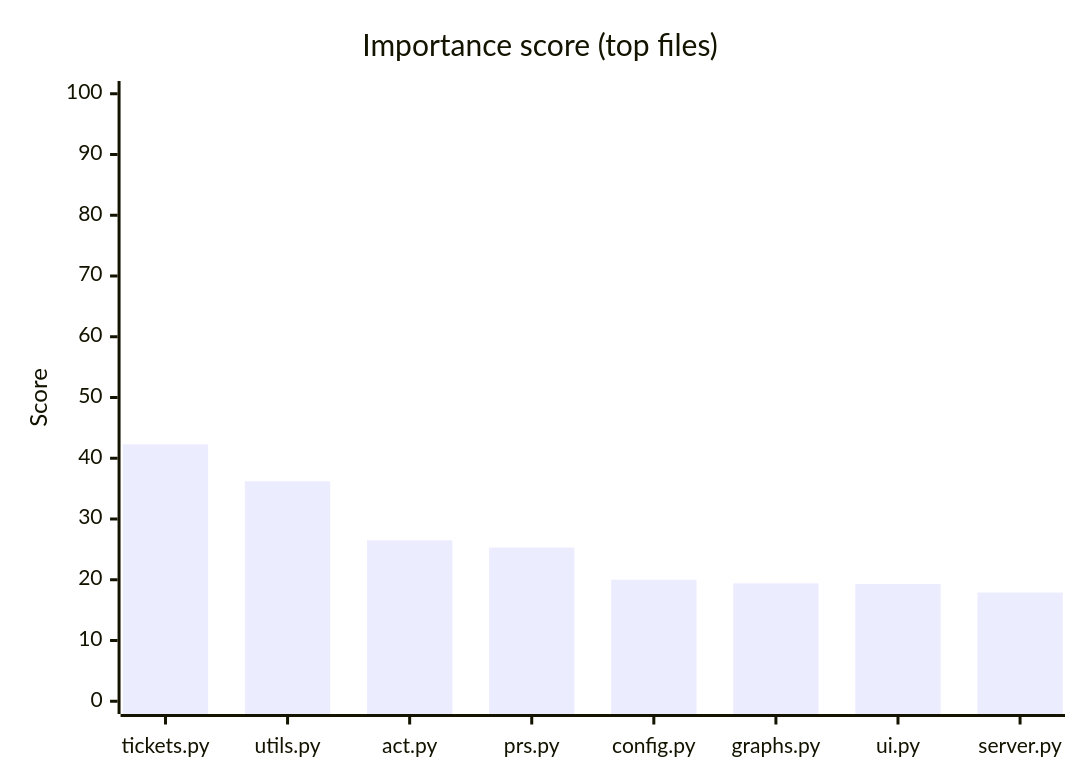
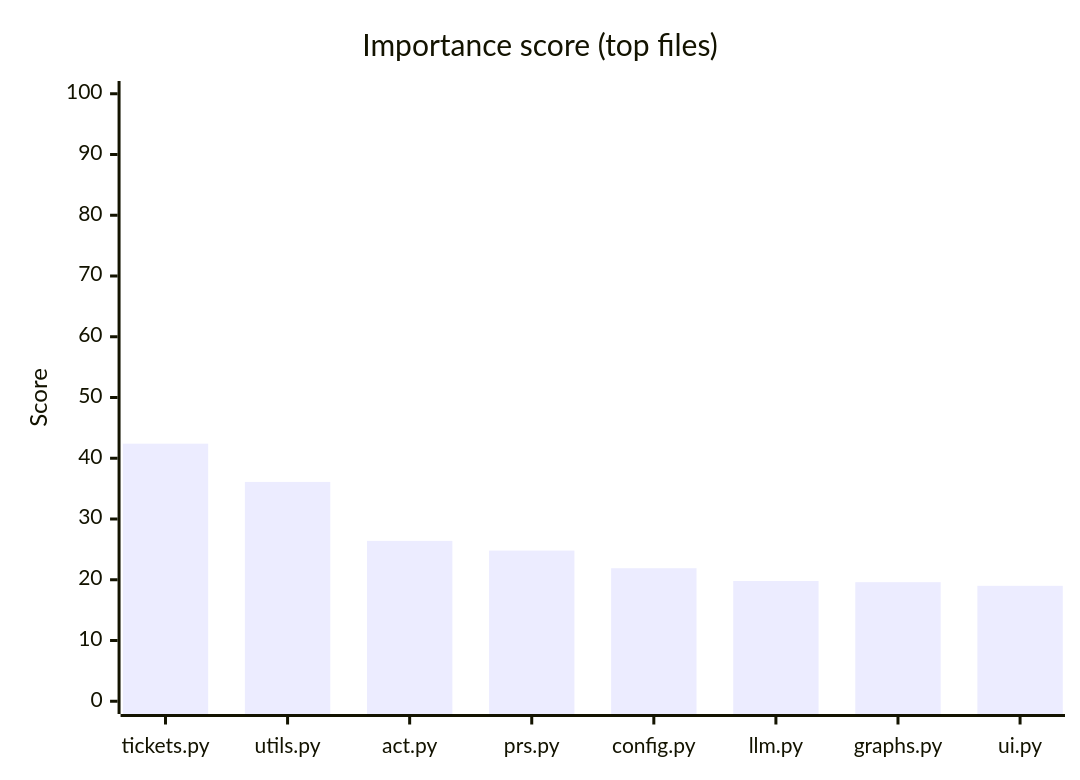
The first of 2 diagrams in docs/index.md (hhleroy97/repo-scan), drawn with Mermaid before and after one commit. The commit also changed other lines of this file and 40 other files, not shown here.

````diff
--- a/docs/index.md
+++ b/docs/index.md
@@ -55,7 +57,7 @@
 ```mermaid
 xychart-beta
     title "Importance score (top files)"
-    x-axis ["tickets.py", "utils.py", "act.py", "prs.py", "config.py", "graphs.py", "ui.py", "server.py"]
+    x-axis ["tickets.py", "utils.py", "act.py", "prs.py", "config.py", "llm.py", "graphs.py", "ui.py"]
     y-axis "Score" 0 --> 100
-    bar [42.3, 36.2, 26.5, 25.3, 20, 19.4, 19.3, 17.9]
+    bar [42.4, 36.1, 26.4, 24.8, 21.9, 19.8, 19.6, 19]
 ```
````
